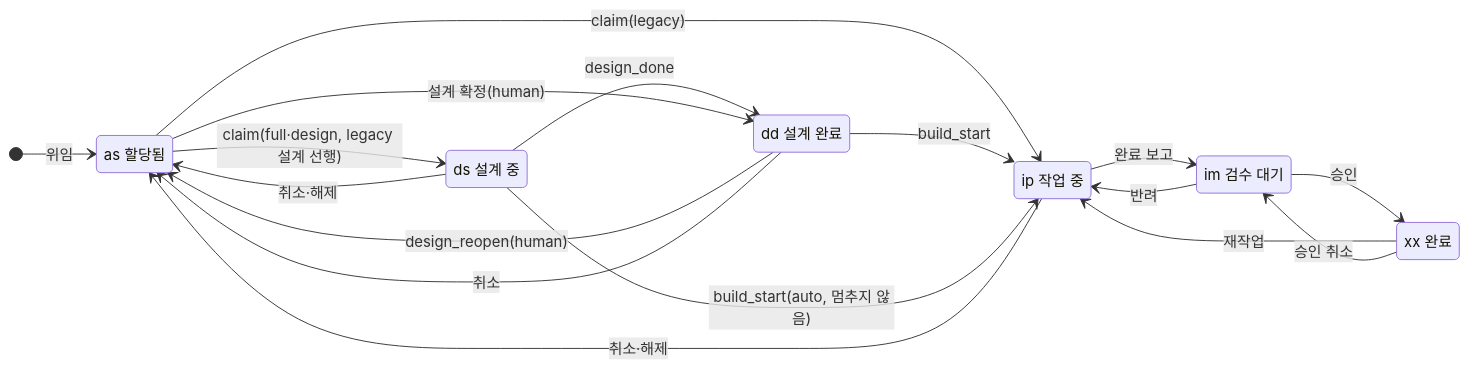
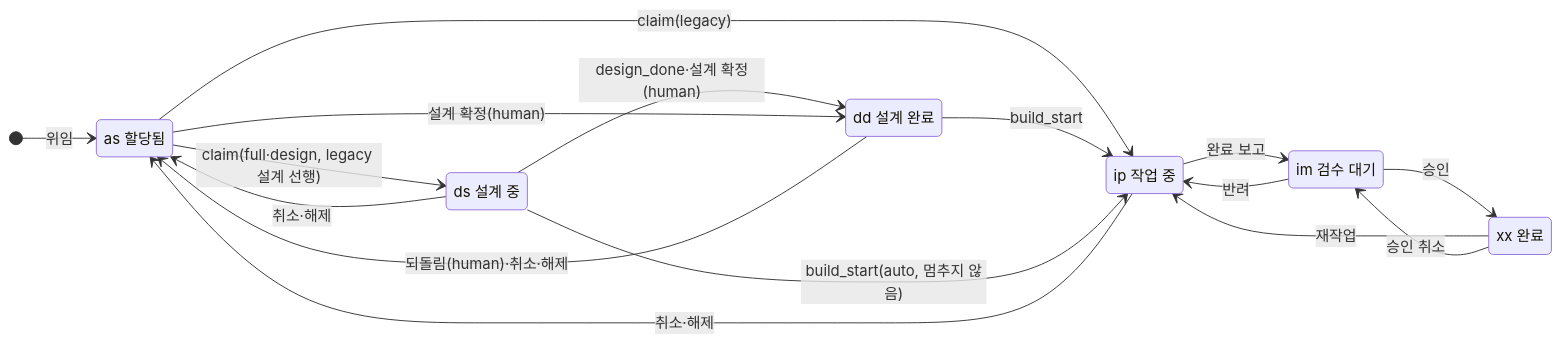
Before and after one commit to donseok/wbs-web: the second of 3 diagrams in docs/superpowers/specs/2026-09-26-design-state-dev-auto-design.md, drawn with Mermaid. The commit also changed other lines of this file, not shown here.

````diff
--- a/docs/superpowers/specs/2026-09-26-design-state-dev-auto-design.md
+++ b/docs/superpowers/specs/2026-09-26-design-state-dev-auto-design.md
@@ -134,26 +153,25 @@
 ```mermaid
 stateDiagram-v2
     direction LR
     as: as 할당됨
     ds: ds 설계 중
     dd: dd 설계 완료
     ip: ip 작업 중
     im: im 검수 대기
     xx: xx 완료
     [*] --> as: 위임
     as --> ds: claim(full·design, legacy 설계 선행)
     as --> ip: claim(legacy)
-    ds --> dd: design_done
+    ds --> dd: design_done·설계 확정(human)
     as --> dd: 설계 확정(human)
-    dd --> as: design_reopen(human)
+    dd --> as: 되돌림(human)·취소·해제
     dd --> ip: build_start
     ds --> ip: build_start(auto, 멈추지 않음)
     ip --> im: 완료 보고
     im --> xx: 승인
     im --> ip: 반려
     xx --> ip: 재작업
     xx --> im: 승인 취소
     ds --> as: 취소·해제
-    dd --> as: 취소
     ip --> as: 취소·해제
 ```
````
